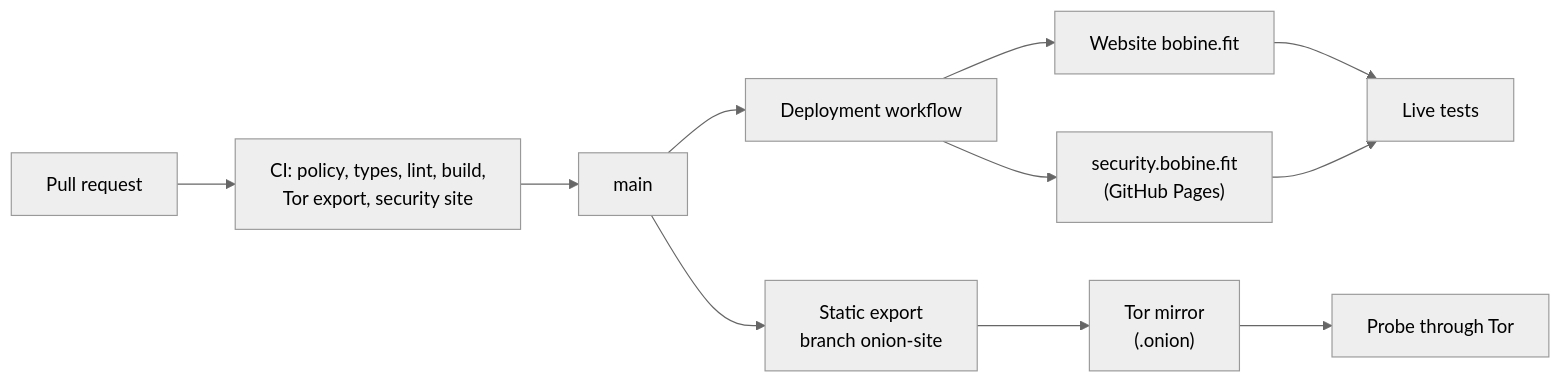
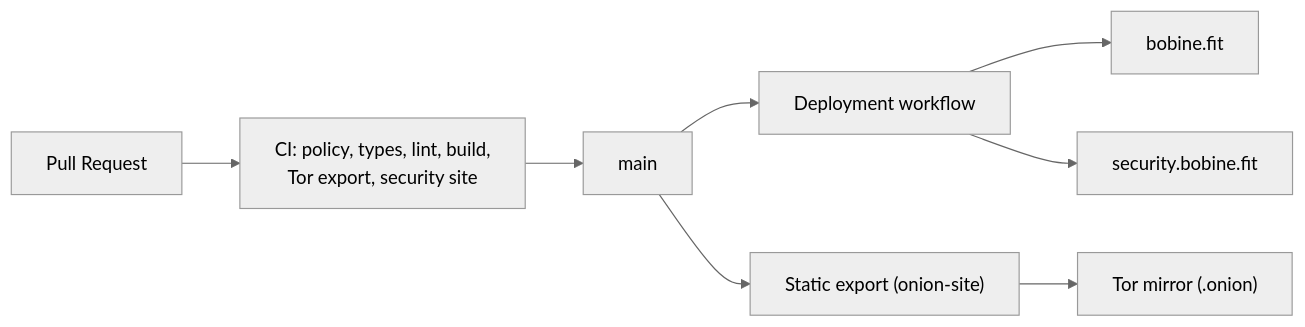
The diagram in README.md (FantasmaGlad/BobineWeb), drawn with Mermaid (neutral theme) before and after one commit. The commit also changed other lines of this file and 74 other files, not shown here.

````diff
--- a/README.md
+++ b/README.md
@@ -229,13 +37,10 @@
 ```mermaid
 flowchart LR
-  PR[Pull request] --> CI["CI: policy, types, lint, build,<br/>Tor export, security site"]
+  PR[Pull Request] --> CI["CI: policy, types, lint, build,<br/>Tor export, security site"]
   CI --> Main[main]
   Main --> Deploy[Deployment workflow]
-  Deploy --> Web["Website bobine.fit"]
-  Deploy --> Sec["security.bobine.fit<br/>(GitHub Pages)"]
-  Main --> Onion["Static export<br/>branch onion-site"]
-  Onion --> Tor["Tor mirror<br/>(.onion)"]
-  Web --> Smoke[Live tests]
-  Sec --> Smoke
-  Tor --> Probe[Probe through Tor]
+  Deploy --> Web["bobine.fit"]
+  Deploy --> Sec["security.bobine.fit"]
+  Main --> Onion["Static export (onion-site)"]
+  Onion --> Tor["Tor mirror (.onion)"]
 ```
````
